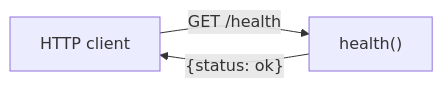
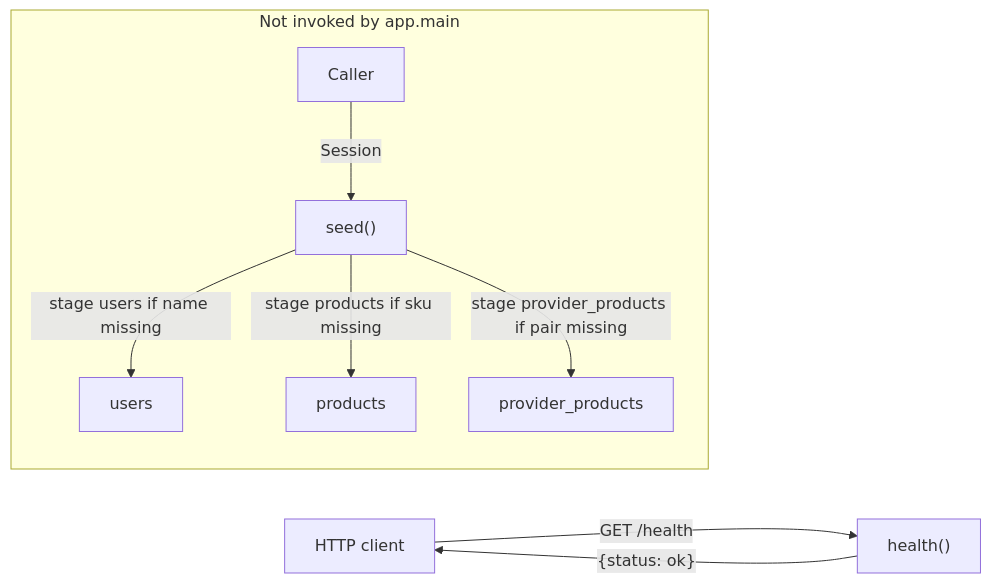
The diagram in docs/diagrams/data-flow.md (drtclem/cerbo_wk1), drawn with Mermaid before and after one commit. The commit also changed other lines of this file and 9 other files, not shown here.

````diff
--- a/docs/diagrams/data-flow.md
+++ b/docs/diagrams/data-flow.md
@@ -7,5 +7,12 @@
 ```mermaid
 flowchart LR
   httpClient["HTTP client"] -->|"GET /health"| healthFn["health()"]
   healthFn -->|"{status: ok}"| httpClient
+
+  subgraph seedPath ["Not invoked by app.main"]
+    caller["Caller"] -->|"Session"| seedFn["seed()"]
+    seedFn -->|"stage users if name missing"| usersTbl["users"]
+    seedFn -->|"stage products if sku missing"| productsTbl["products"]
+    seedFn -->|"stage provider_products if pair missing"| providerProductsTbl["provider_products"]
+  end
 ```
````
